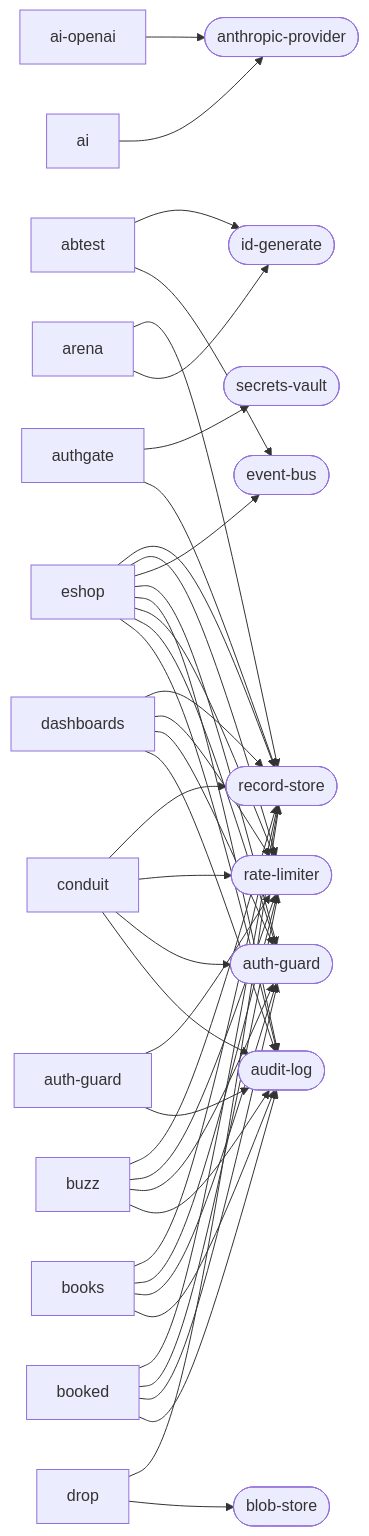
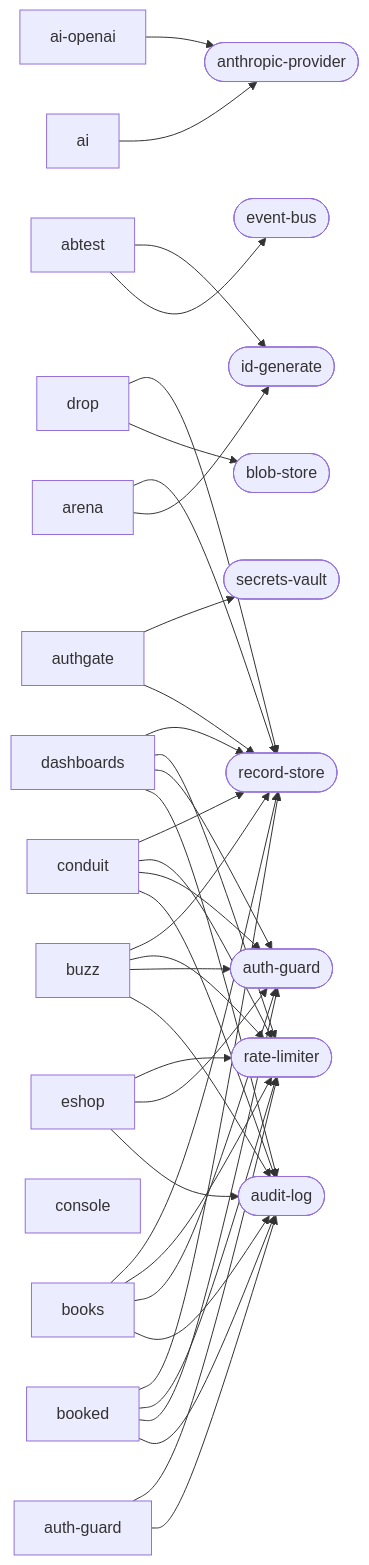
The second of 2 diagrams in docs/CAPABILITY-GRAPH.md (markkovari/holon), drawn with Mermaid before and after one commit. The commit also changed other lines of this file and 22 other files, not shown here.

Commit message:
The run as a graph, and the join it was pointing away from (#74)

````diff
--- a/docs/CAPABILITY-GRAPH.md
+++ b/docs/CAPABILITY-GRAPH.md
@@ -276,57 +279,52 @@
 ```mermaid
 graph LR
   app_abtest["abtest"]
   app_abtest --> event_bus([event-bus])
   app_abtest --> id_generate([id-generate])
   app_ai["ai"]
   app_ai --> anthropic_provider([anthropic-provider])
   app_ai_openai["ai-openai"]
   app_ai_openai --> anthropic_provider([anthropic-provider])
   app_arena["arena"]
   app_arena --> id_generate([id-generate])
   app_arena --> record_store([record-store])
   app_auth_guard["auth-guard"]
   app_auth_guard --> audit_log([audit-log])
   app_auth_guard --> rate_limiter([rate-limiter])
   app_authgate["authgate"]
   app_authgate --> record_store([record-store])
   app_authgate --> secrets_vault([secrets-vault])
   app_booked["booked"]
   app_booked --> audit_log([audit-log])
   app_booked --> auth_guard([auth-guard])
   app_booked --> rate_limiter([rate-limiter])
   app_booked --> record_store([record-store])
   app_books["books"]
   app_books --> audit_log([audit-log])
   app_books --> auth_guard([auth-guard])
   app_books --> rate_limiter([rate-limiter])
   app_books --> record_store([record-store])
   app_buzz["buzz"]
   app_buzz --> audit_log([audit-log])
   app_buzz --> auth_guard([auth-guard])
   app_buzz --> rate_limiter([rate-limiter])
   app_buzz --> record_store([record-store])
   app_conduit["conduit"]
   app_conduit --> audit_log([audit-log])
   app_conduit --> auth_guard([auth-guard])
   app_conduit --> rate_limiter([rate-limiter])
   app_conduit --> record_store([record-store])
+  app_console["console"]
   app_dashboards["dashboards"]
   app_dashboards --> audit_log([audit-log])
   app_dashboards --> auth_guard([auth-guard])
   app_dashboards --> rate_limiter([rate-limiter])
   app_dashboards --> record_store([record-store])
   app_drop["drop"]
   app_drop --> blob_store([blob-store])
   app_drop --> record_store([record-store])
   app_eshop["eshop"]
   app_eshop --> audit_log([audit-log])
   app_eshop --> auth_guard([auth-guard])
   app_eshop --> rate_limiter([rate-limiter])
-  app_eshop["eshop"]
-  app_eshop --> audit_log([audit-log])
-  app_eshop --> auth_guard([auth-guard])
-  app_eshop --> event_bus([event-bus])
-  app_eshop --> rate_limiter([rate-limiter])
-  app_eshop --> record_store([record-store])
 ```
````
